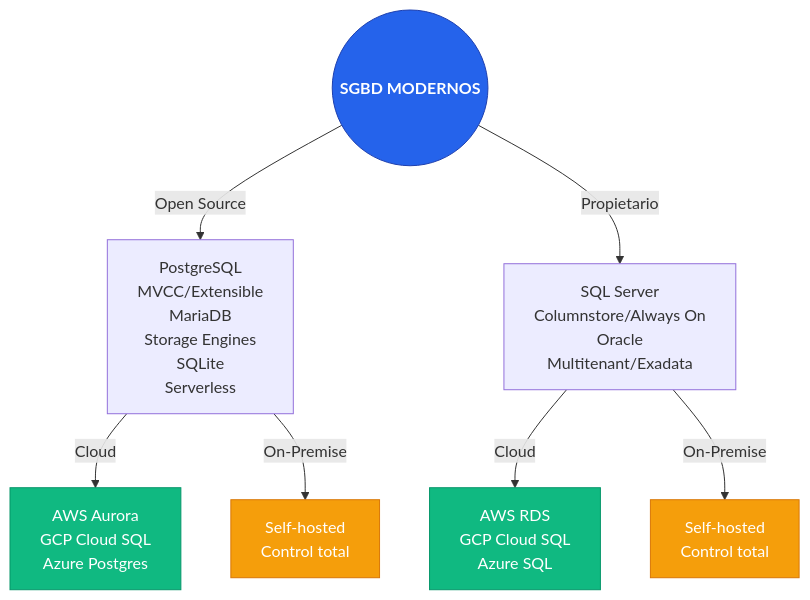
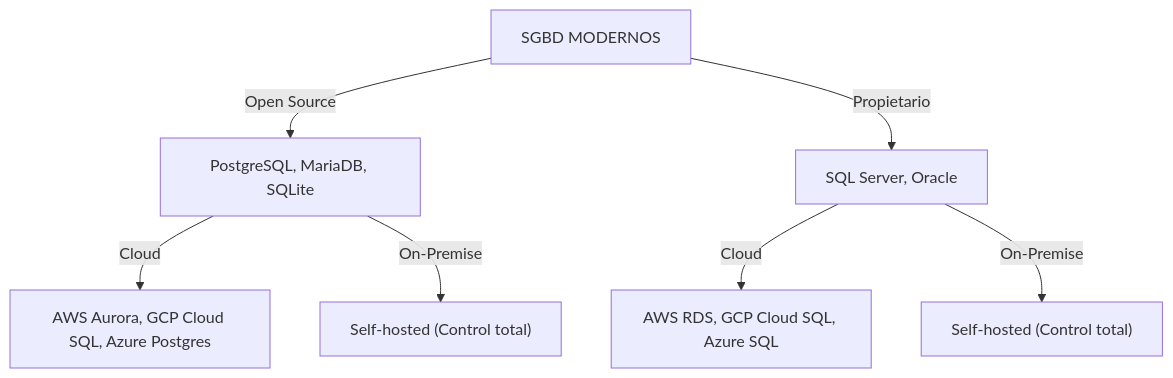
Before and after one commit to rraulherediaa/PracticasEstructurasDatos: the first of 12 diagrams in diagramas.md, drawn with Mermaid. The commit also changed other lines of this file and 1 other file, not shown here.

Commit message:
fix: simplificar diagramas Mermaid al máximo para asegurar compatibilidad total

````diff
--- a/diagramas.md
+++ b/diagramas.md
@@ -19,20 +11,13 @@
 ```mermaid
 flowchart TD
-    Root(("SGBD MODERNOS"))
+    Root["SGBD MODERNOS"]
     
-    Root -->|Open Source| OSS["PostgreSQL<br/>MVCC/Extensible<br/>MariaDB<br/>Storage Engines<br/>SQLite<br/>Serverless"]
-    Root -->|Propietario| PROP["SQL Server<br/>Columnstore/Always On<br/>Oracle<br/>Multitenant/Exadata"]
+    Root -->|Open Source| OSS["PostgreSQL, MariaDB, SQLite"]
+    Root -->|Propietario| PROP["SQL Server, Oracle"]
     
-    OSS -->|Cloud| CLOUD1["AWS Aurora<br/>GCP Cloud SQL<br/>Azure Postgres"]
-    PROP -->|Cloud| CLOUD2["AWS RDS<br/>GCP Cloud SQL<br/>Azure SQL"]
+    OSS -->|Cloud| CLOUD1["AWS Aurora, GCP Cloud SQL, Azure Postgres"]
+    PROP -->|Cloud| CLOUD2["AWS RDS, GCP Cloud SQL, Azure SQL"]
     
-    OSS -->|On-Premise| ON1["Self-hosted<br/>Control total"]
-    PROP -->|On-Premise| ON2["Self-hosted<br/>Control total"]
-
-    classDef central fill:#2563eb,color:#fff,font-weight:bold,stroke:#1e40af
-    classDef cloud fill:#10b981,color:#fff,stroke:#059669
-    classDef onprem fill:#f59e0b,color:#fff,stroke:#d97706
-    class Root central
-    class CLOUD1,CLOUD2 cloud
-    class ON1,ON2 onprem
+    OSS -->|On-Premise| ON1["Self-hosted (Control total)"]
+    PROP -->|On-Premise| ON2["Self-hosted (Control total)"]
 ```
````
